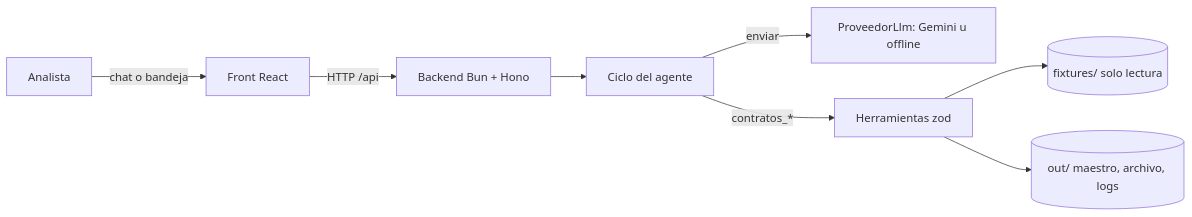
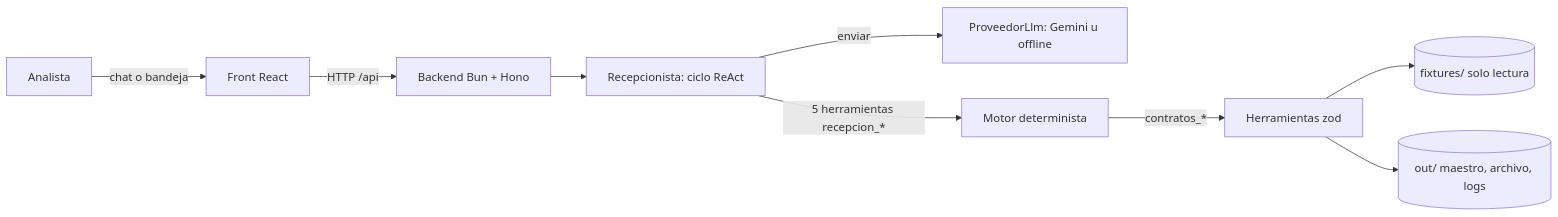
The diagram in docs/wiki/Home.md (bue221/reto-02-agente-contratos), drawn with Mermaid before and after one commit. The commit also changed other lines of this file and 16 other files, not shown here.

Commit message:
docs: Document two-graph architecture and LangGraph Studio

````diff
--- a/docs/wiki/Home.md
+++ b/docs/wiki/Home.md
@@ -9,10 +9,11 @@
 ```mermaid
 flowchart LR
   U[Analista] -->|chat o bandeja| W[Front React]
   W -->|HTTP /api| B[Backend Bun + Hono]
-  B --> A[Ciclo del agente]
+  B --> A[Recepcionista: ciclo ReAct]
   A -->|enviar| L[ProveedorLlm: Gemini u offline]
-  A -->|contratos_*| T[Herramientas zod]
+  A -->|5 herramientas recepcion_*| M[Motor determinista]
+  M -->|contratos_*| T[Herramientas zod]
   T --> F[(fixtures/ solo lectura)]
   T --> O[(out/ maestro, archivo, logs)]
 ```
````
